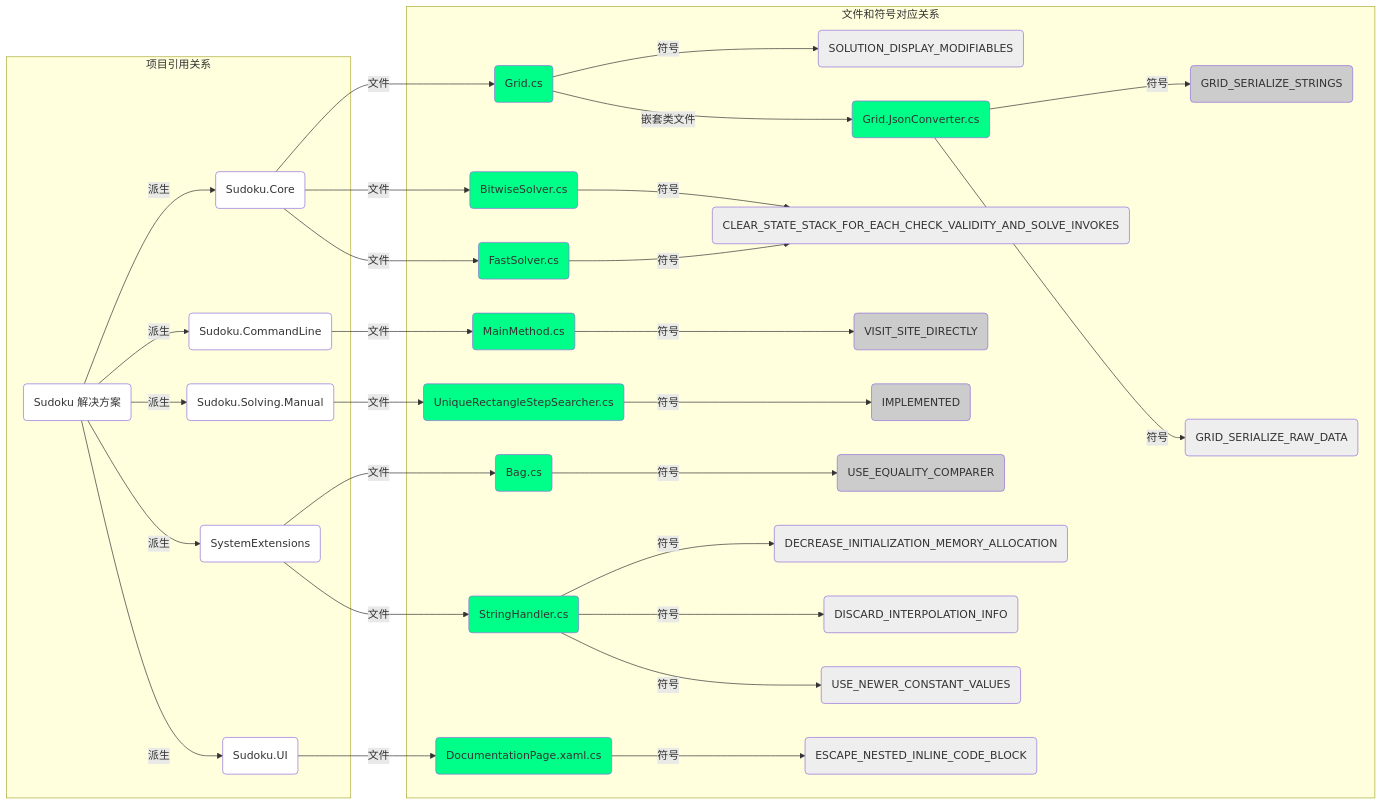
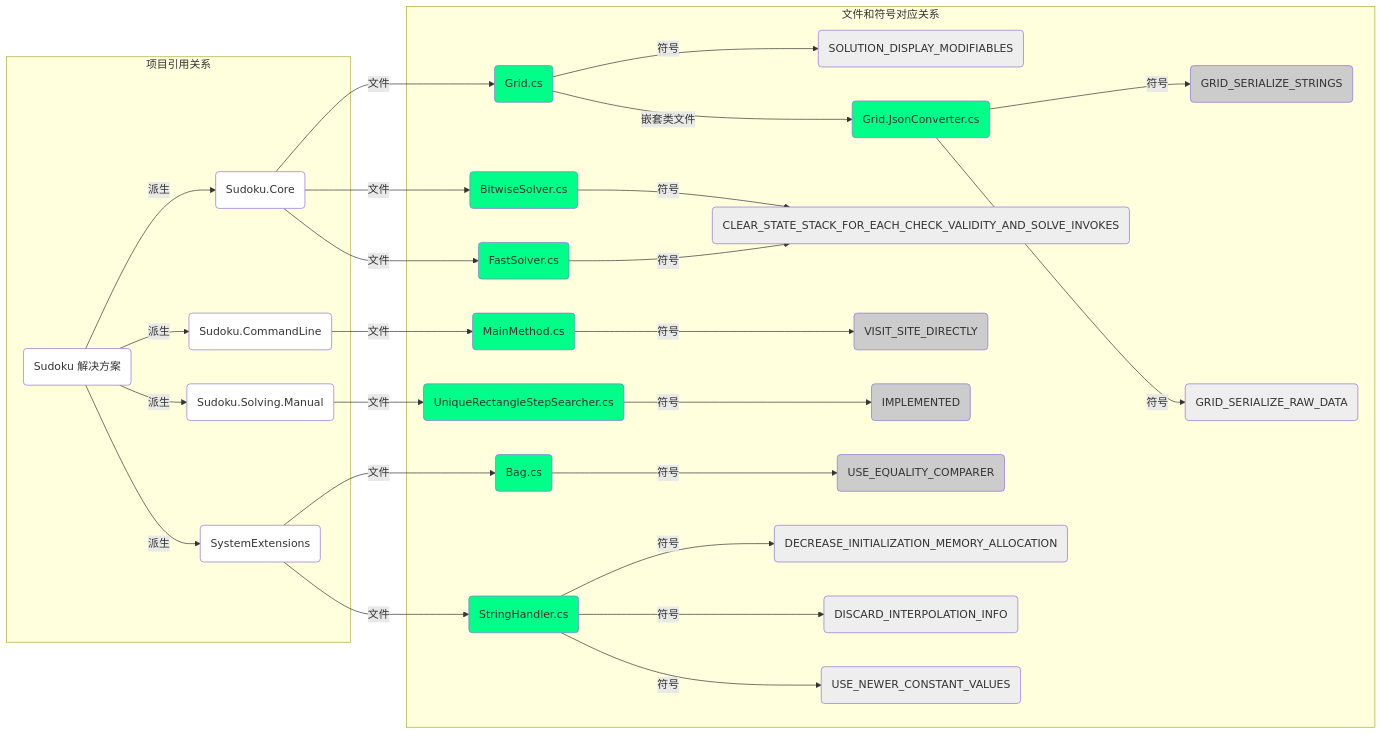
One commit to KyouyamaKazusa0805/Sudoku changed the diagram in docs/compilation-symbols.md. Above: the diagram before and after it, drawn with Mermaid. The commit also changed other lines of this file and 4 other files, not shown here.

````diff
--- a/docs/compilation-symbols.md
+++ b/docs/compilation-symbols.md
@@ -23,76 +22,69 @@
 ```mermaid
 graph LR
     subgraph 项目引用关系
         Z(Sudoku 解决方案) -->|派生| P1(Sudoku.Core)
         Z -->|派生| P3(Sudoku.CommandLine)
         Z -->|派生| P4(Sudoku.Solving.Manual)
         Z -->|派生| P2(SystemExtensions)
-        Z -->|派生| P5(Sudoku.UI)
         style Z fill:#FFF
         click Z "https://github.com/SunnieShine/Sudoku" _blank
         click P1 "https://github.com/SunnieShine/Sudoku/tree/main/src/Sudoku.Core" _blank
         click P2 "https://github.com/SunnieShine/Sudoku/tree/main/src/System" _blank
         click P3 "https://github.com/SunnieShine/Sudoku/tree/main/src/Sudoku.CommandLine" _blank
         click P4 "https://github.com/SunnieShine/Sudoku/tree/main/src/Sudoku.Solving.Manual" _blank
         click P5 "https://github.com/SunnieShine/Sudoku/tree/main/src/Sudoku.UI" _blank
     end
 
     subgraph 文件和符号对应关系
         P1 -->|文件| A(Grid.cs)
         P1 -->|文件| D(BitwiseSolver.cs)
         P1 -->|文件| E(FastSolver.cs)
         P2 -->|文件| C(Bag.cs)
         P2 -->|文件| G(StringHandler.cs)
         P3 -->|文件| F(MainMethod.cs)
         P4 -->|文件| H(UniqueRectangleStepSearcher.cs)
-        P5 -->|文件| I(DocumentationPage.xaml.cs)
         style P1 fill:#FFF
         style P2 fill:#FFF
         style P3 fill:#FFF
         style P4 fill:#FFF
-        style P5 fill:#FFF
         style A fill:#0F8
         style B fill:#0F8
         style C fill:#0F8
         style D fill:#0F8
         style E fill:#0F8
         style F fill:#0F8
         style G fill:#0F8
         style H fill:#0F8
-        style I fill:#0F8
         click A "https://github.com/SunnieShine/Sudoku/blob/main/src/Sudoku.Core/Collections/Grid.cs" _blank
         click C "https://github.com/SunnieShine/Sudoku/blob/main/src/System/Collections/Generic/Bag.cs" _blank
         click D "https://github.com/SunnieShine/Sudoku/blob/main/src/Sudoku.Core/Solving/BitwiseSolver.cs" _blank
         click E "https://github.com/SunnieShine/Sudoku/blob/main/src/Sudoku.Solving/Solving/BruteForces/FastSolver.cs" _blank
         click F "https://github.com/SunnieShine/Sudoku/tree/main/src/Sudoku.CommandLine/MainMethod.cs" _blank
         click G "https://github.com/SunnieShine/Sudoku/blob/main/src/System/Text/StringHandler.cs" _blank
         click H "https://github.com/SunnieShine/Sudoku/blob/main/src/Sudoku.Solving/Solving/Manual/Searchers/DeadlyPatterns/Rectangles/UniqueRectangleStepSearcher.cs" _blank
-        click I "https://github.com/SunnieShine/Sudoku/blob/main/src/Sudoku.UI/Views/Pages/DocumentationPage.xaml"
 
         A -->|符号| S2(SOLUTION_DISPLAY_MODIFIABLES)
         A -->|嵌套类文件| B(Grid.JsonConverter.cs)
         B -->|符号| S3(GRID_SERIALIZE_STRINGS)
         B -->|符号| S4(GRID_SERIALIZE_RAW_DATA)
         C -->|符号| S5(USE_EQUALITY_COMPARER)
         D -->|符号| S6(CLEAR_STATE_STACK_FOR_EACH_CHECK_VALIDITY_AND_SOLVE_INVOKES)
         E -->|符号| S6
         F -->|符号| S7(VISIT_SITE_DIRECTLY)
         G -->|符号| S8(DECREASE_INITIALIZATION_MEMORY_ALLOCATION)
         G -->|符号| S9(DISCARD_INTERPOLATION_INFO)
         G -->|符号| S10(USE_NEWER_CONSTANT_VALUES)
         H -->|符号| S11(IMPLEMENTED)
-        I -->|符号| S12(ESCAPE_NESTED_INLINE_CODE_BLOCK)
         style S2 fill:#EEE
         style S3 fill:#CCC
         style S4 fill:#EEE
         style S5 fill:#CCC
         style S6 fill:#EEE
         style S7 fill:#CCC
         style S8 fill:#EEE
         style S9 fill:#EEE
         style S10 fill:#EEE
         style S11 fill:#CCC
-        style S12 fill:#EEE
         click B "https://github.com/SunnieShine/Sudoku/blob/main/src/Sudoku.Core/Collections/Grid.JsonConverter.cs" _blank
     end
 ```
````
